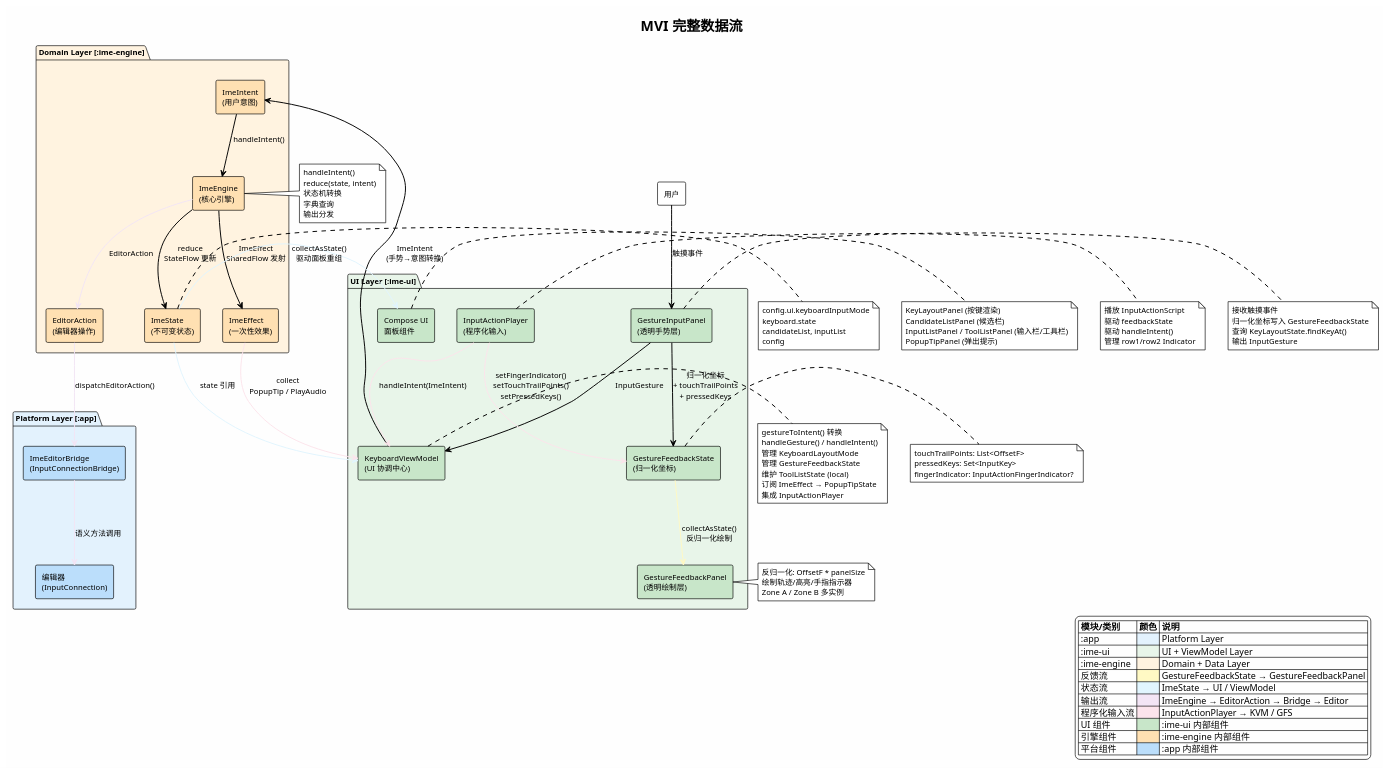
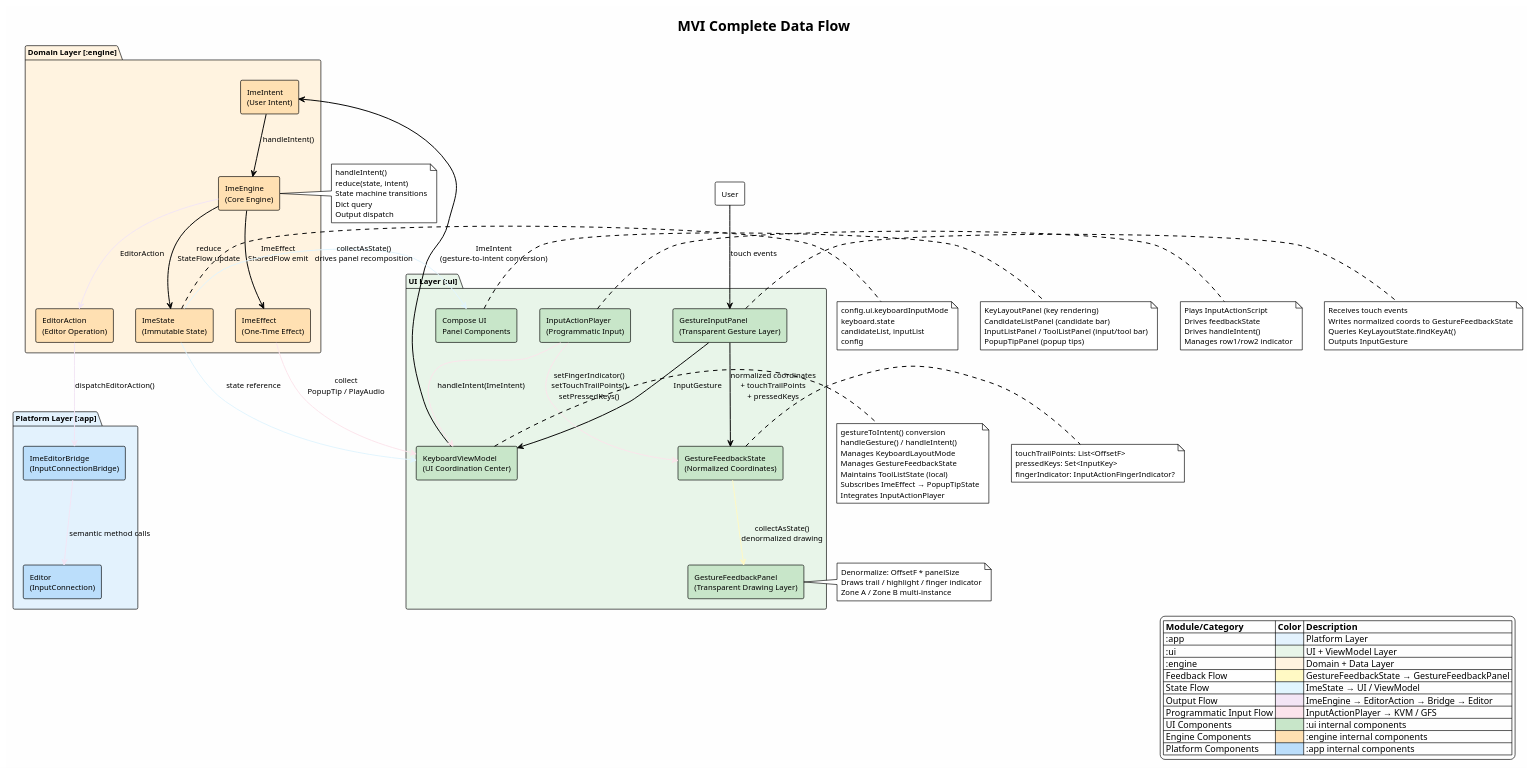
The diagram in docs/ai-agent/v4/design/diagrams/mvi-data-flow.puml (crazydan-studio/kuaizi-ime-android), drawn with PlantUML before and after one commit. The commit also changed 51 other files, not shown here.

```diff
--- a/docs/ai-agent/v4/design/diagrams/mvi-data-flow.puml
+++ b/docs/ai-agent/v4/design/diagrams/mvi-data-flow.puml
@@ -1,136 +1,136 @@
 @startuml mvi-data-flow
 allowmixing
 !theme plain
 skinparam backgroundColor #FEFEFE
 skinparam defaultFontSize 12
 skinparam arrowThickness 1.5
 
-title MVI 完整数据流
+title MVI Complete Data Flow
 
 legend right
-  |= 模块/类别 |= 颜色 |= 说明 |
+  |= Module/Category |= Color |= Description |
   | :app | <#E3F2FD> | Platform Layer |
-  | :ime-ui | <#E8F5E9> | UI + ViewModel Layer |
-  | :ime-engine | <#FFF3E0> | Domain + Data Layer |
-  | 反馈流 | <#FFF9C4> | GestureFeedbackState → GestureFeedbackPanel |
-  | 状态流 | <#E1F5FE> | ImeState → UI / ViewModel |
-  | 输出流 | <#F3E5F5> | ImeEngine → EditorAction → Bridge → Editor |
-  | 程序化输入流 | <#FCE4EC> | InputActionPlayer → KVM / GFS |
-  | UI 组件 | <#C8E6C9> | :ime-ui 内部组件 |
-  | 引擎组件 | <#FFE0B2> | :ime-engine 内部组件 |
-  | 平台组件 | <#BBDEFB> | :app 内部组件 |
+  | :ui | <#E8F5E9> | UI + ViewModel Layer |
+  | :engine | <#FFF3E0> | Domain + Data Layer |
+  | Feedback Flow | <#FFF9C4> | GestureFeedbackState → GestureFeedbackPanel |
+  | State Flow | <#E1F5FE> | ImeState → UI / ViewModel |
+  | Output Flow | <#F3E5F5> | ImeEngine → EditorAction → Bridge → Editor |
+  | Programmatic Input Flow | <#FCE4EC> | InputActionPlayer → KVM / GFS |
+  | UI Components | <#C8E6C9> | :ui internal components |
+  | Engine Components | <#FFE0B2> | :engine internal components |
+  | Platform Components | <#BBDEFB> | :app internal components |
 endlegend
 
-' ===== 用户手势输入流（主流程） =====
+' ===== User Gesture Input Flow (Main) =====
 
-rectangle "用户" as User #FFFFFF
+rectangle "User" as User #FFFFFF
 
-package "UI Layer [:ime-ui]" #E8F5E9 {
-  rectangle "GestureInputPanel\n(透明手势层)" as GIP #C8E6C9
-  rectangle "KeyboardViewModel\n(UI 协调中心)" as KVM #C8E6C9
-  rectangle "GestureFeedbackState\n(归一化坐标)" as GFS #C8E6C9
-  rectangle "GestureFeedbackPanel\n(透明绘制层)" as GFP #C8E6C9
-  rectangle "Compose UI\n面板组件" as UI #C8E6C9
-  rectangle "InputActionPlayer\n(程序化输入)" as IAP #C8E6C9
+package "UI Layer [:ui]" #E8F5E9 {
+  rectangle "GestureInputPanel\n(Transparent Gesture Layer)" as GIP #C8E6C9
+  rectangle "KeyboardViewModel\n(UI Coordination Center)" as KVM #C8E6C9
+  rectangle "GestureFeedbackState\n(Normalized Coordinates)" as GFS #C8E6C9
+  rectangle "GestureFeedbackPanel\n(Transparent Drawing Layer)" as GFP #C8E6C9
+  rectangle "Compose UI\nPanel Components" as UI #C8E6C9
+  rectangle "InputActionPlayer\n(Programmatic Input)" as IAP #C8E6C9
 }
 
-package "Domain Layer [:ime-engine]" #FFF3E0 {
-  rectangle "ImeEngine\n(核心引擎)" as IE #FFE0B2
-  rectangle "ImeIntent\n(用户意图)" as II #FFE0B2
-  rectangle "ImeState\n(不可变状态)" as IS #FFE0B2
-  rectangle "ImeEffect\n(一次性效果)" as IEF #FFE0B2
-  rectangle "EditorAction\n(编辑器操作)" as IO #FFE0B2
+package "Domain Layer [:engine]" #FFF3E0 {
+  rectangle "ImeEngine\n(Core Engine)" as IE #FFE0B2
+  rectangle "ImeIntent\n(User Intent)" as II #FFE0B2
+  rectangle "ImeState\n(Immutable State)" as IS #FFE0B2
+  rectangle "ImeEffect\n(One-Time Effect)" as IEF #FFE0B2
+  rectangle "EditorAction\n(Editor Operation)" as IO #FFE0B2
 }
 
 package "Platform Layer [:app]" #E3F2FD {
   rectangle "ImeEditorBridge\n(InputConnectionBridge)" as Bridge #BBDEFB
-  rectangle "编辑器\n(InputConnection)" as Editor #BBDEFB
+  rectangle "Editor\n(InputConnection)" as Editor #BBDEFB
 }
 
-' ===== 用户手势输入流 =====
-User -down-> GIP : 触摸事件
-GIP -down-> GFS : 归一化坐标\n+ touchTrailPoints\n+ pressedKeys
+' ===== User Gesture Input Flow =====
+User -down-> GIP : touch events
+GIP -down-> GFS : normalized coordinates\n+ touchTrailPoints\n+ pressedKeys
 GIP -down-> KVM : InputGesture
-KVM -down-> II : ImeIntent\n(手势→意图转换)
+KVM -down-> II : ImeIntent\n(gesture-to-intent conversion)
 II -down-> IE : handleIntent()
-IE -down-> IS : reduce\nStateFlow 更新
-IE -down-> IEF : ImeEffect\nSharedFlow 发射
+IE -down-> IS : reduce\nStateFlow update
+IE -down-> IEF : ImeEffect\nSharedFlow emit
 
-' ===== 反馈流 =====
-GFS -[#FFF9C4]-> GFP : collectAsState()\n反归一化绘制
+' ===== Feedback Flow =====
+GFS -[#FFF9C4]-> GFP : collectAsState()\ndenormalized drawing
 
-' ===== 状态流 =====
-IS -[#E1F5FE]-> UI : collectAsState()\n驱动面板重组
-IS -[#E1F5FE]-> KVM : state 引用
+' ===== State Flow =====
+IS -[#E1F5FE]-> UI : collectAsState()\ndrives panel recomposition
+IS -[#E1F5FE]-> KVM : state reference
 
-' ===== 效果流 =====
+' ===== Effect Flow =====
 IEF -[#FCE4EC]-> KVM : collect\nPopupTip / PlayAudio
 
-' ===== 输出流 =====
+' ===== Output Flow =====
 IE -[#F3E5F5]-> IO : EditorAction
 IO -[#F3E5F5]-> Bridge : dispatchEditorAction()
-Bridge -[#F3E5F5]-> Editor : 语义方法调用
+Bridge -[#F3E5F5]-> Editor : semantic method calls
 
-' ===== 程序化输入流 =====
+' ===== Programmatic Input Flow =====
 IAP -[#FCE4EC]-> KVM : handleIntent(ImeIntent)
 IAP -[#FCE4EC]-> GFS : setFingerIndicator()\nsetTouchTrailPoints()\nsetPressedKeys()
 
 note right of GIP
-  接收触摸事件
-  归一化坐标写入 GestureFeedbackState
-  查询 KeyLayoutState.findKeyAt()
-  输出 InputGesture
+  Receives touch events
+  Writes normalized coords to GestureFeedbackState
+  Queries KeyLayoutState.findKeyAt()
+  Outputs InputGesture
 end note
 
 note right of KVM
-  gestureToIntent() 转换
+  gestureToIntent() conversion
   handleGesture() / handleIntent()
-  管理 KeyboardLayoutMode
-  管理 GestureFeedbackState
-  维护 ToolListState (local)
-  订阅 ImeEffect → PopupTipState
-  集成 InputActionPlayer
+  Manages KeyboardLayoutMode
+  Manages GestureFeedbackState
+  Maintains ToolListState (local)
+  Subscribes ImeEffect → PopupTipState
+  Integrates InputActionPlayer
 end note
 
 note right of GFS
   touchTrailPoints: List<OffsetF>
   pressedKeys: Set<InputKey>
   fingerIndicator: InputActionFingerIndicator?
 end note
 
 note right of GFP
-  反归一化: OffsetF * panelSize
-  绘制轨迹/高亮/手指指示器
-  Zone A / Zone B 多实例
+  Denormalize: OffsetF * panelSize
+  Draws trail / highlight / finger indicator
+  Zone A / Zone B multi-instance
 end note
 
 note right of UI
-  KeyLayoutPanel (按键渲染)
-  CandidateListPanel (候选栏)
-  InputListPanel / ToolListPanel (输入栏/工具栏)
-  PopupTipPanel (弹出提示)
+  KeyLayoutPanel (key rendering)
+  CandidateListPanel (candidate bar)
+  InputListPanel / ToolListPanel (input/tool bar)
+  PopupTipPanel (popup tips)
 end note
 
 note right of IAP
-  播放 InputActionScript
-  驱动 feedbackState
-  驱动 handleIntent()
-  管理 row1/row2 Indicator
+  Plays InputActionScript
+  Drives feedbackState
+  Drives handleIntent()
+  Manages row1/row2 indicator
 end note
 
 note right of IE
   handleIntent()
   reduce(state, intent)
-  状态机转换
-  字典查询
-  输出分发
+  State machine transitions
+  Dict query
+  Output dispatch
 end note
 
 note right of IS
   config.ui.keyboardInputMode
   keyboard.state
   candidateList, inputList
   config
 end note
 
 @enduml
```
